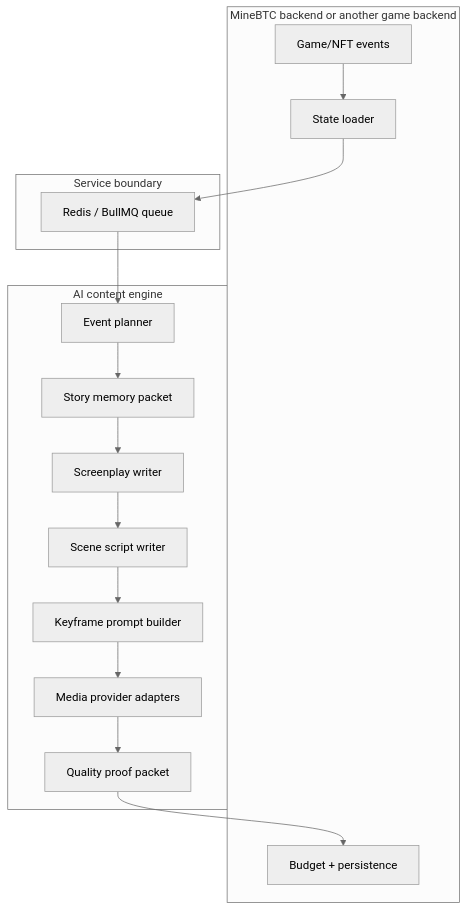
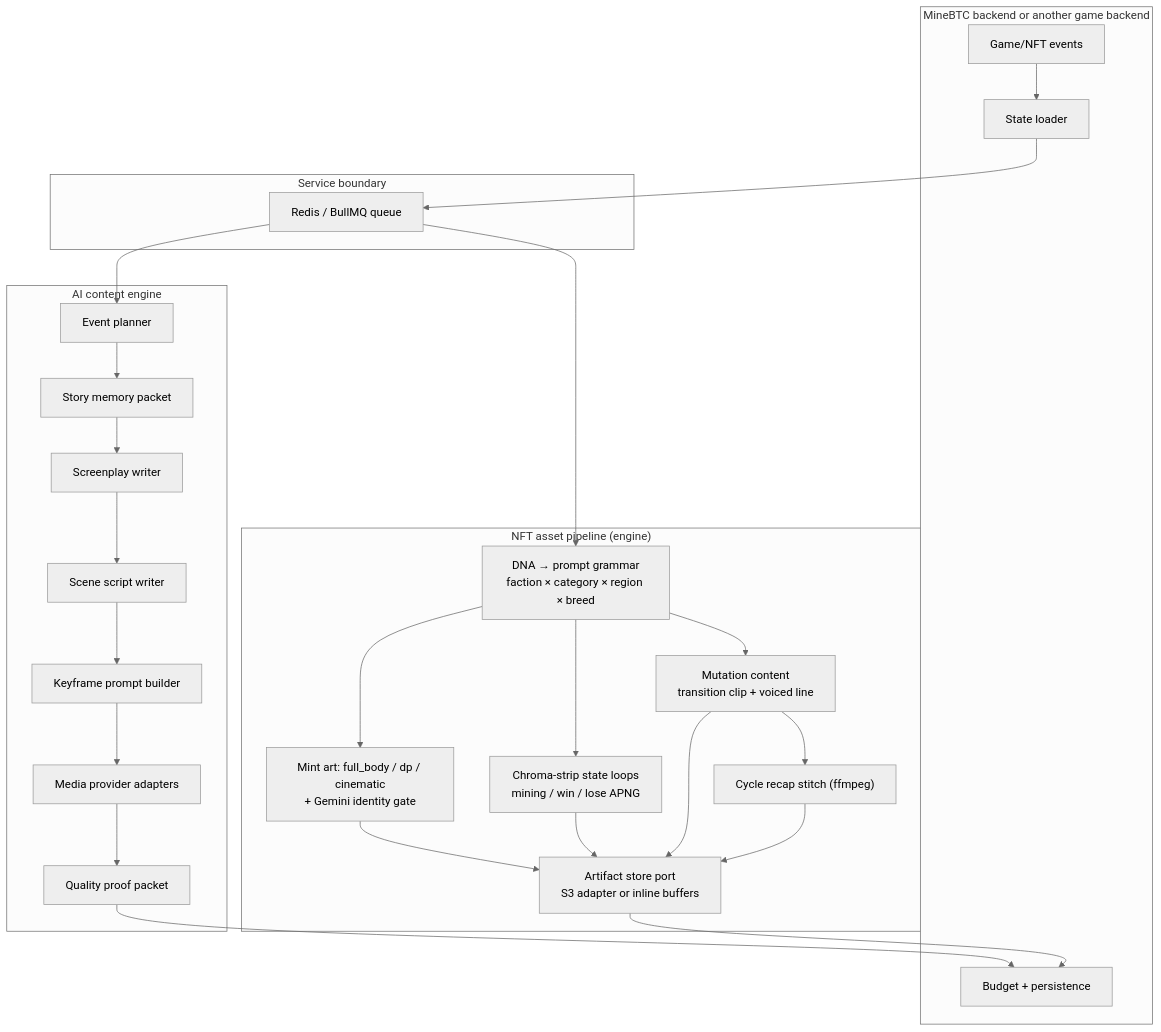
Before and after one commit to LifeOrDream/ai-content-engine: the diagram in docs/architecture.md, drawn with Mermaid (neutral theme). The commit also changed other lines of this file and 38 other files, not shown here.

````diff
--- a/docs/architecture.md
+++ b/docs/architecture.md
@@ -7,26 +7,40 @@
 ```mermaid
 flowchart TB
   subgraph Backend["MineBTC backend or another game backend"]
     A["Game/NFT events"]
     B["State loader"]
     C["Budget + persistence"]
   end
 
   subgraph Queue["Service boundary"]
     Q["Redis / BullMQ queue"]
   end
 
   subgraph Engine["AI content engine"]
     D["Event planner"]
     E["Story memory packet"]
     F["Screenplay writer"]
     G["Scene script writer"]
     H["Keyframe prompt builder"]
     I["Media provider adapters"]
     J["Quality proof packet"]
   end
 
+  subgraph Nft["NFT asset pipeline (engine)"]
+    N1["DNA → prompt grammar<br/>faction × category × region × breed"]
+    N2["Mint art: full_body / dp / cinematic<br/>+ Gemini identity gate"]
+    N3["Chroma-strip state loops<br/>mining / win / lose APNG"]
+    N4["Mutation content<br/>transition clip + voiced line"]
+    N5["Cycle recap stitch (ffmpeg)"]
+    N6["Artifact store port<br/>S3 adapter or inline buffers"]
+  end
+
   A --> B --> Q
   Q --> D --> E --> F --> G --> H --> I --> J
   J --> C
+  Q --> N1 --> N2 --> N6
+  N1 --> N3 --> N6
+  N1 --> N4 --> N6
+  N4 --> N5 --> N6
+  N6 --> C
 ```
````
